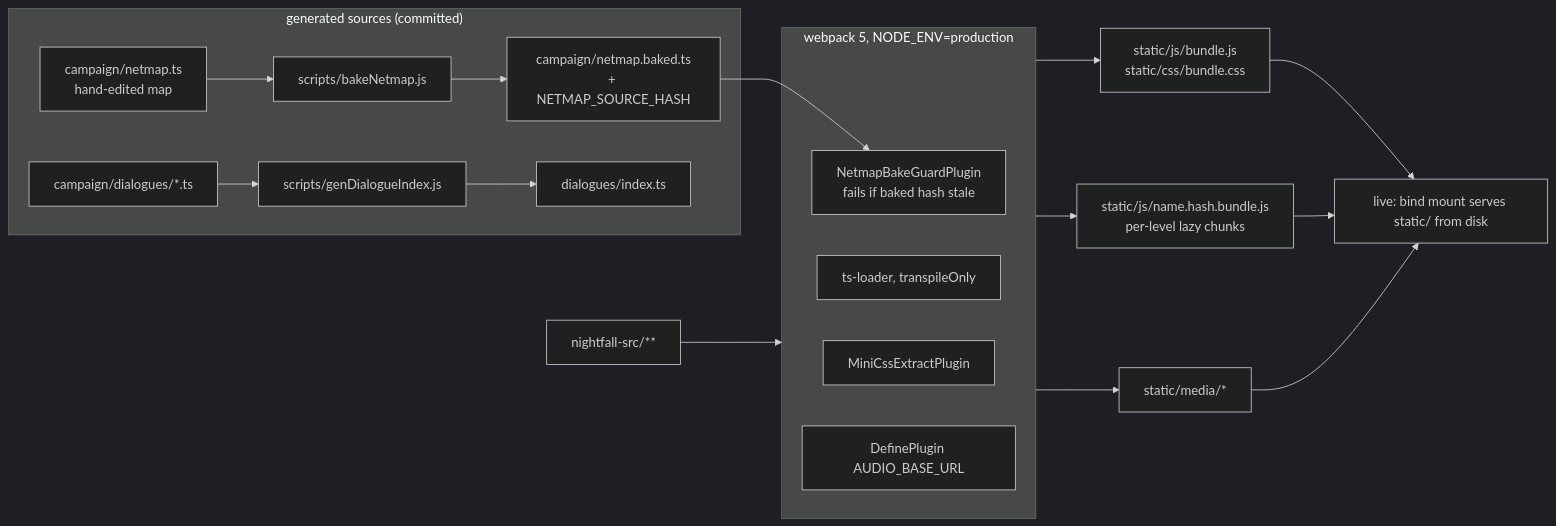
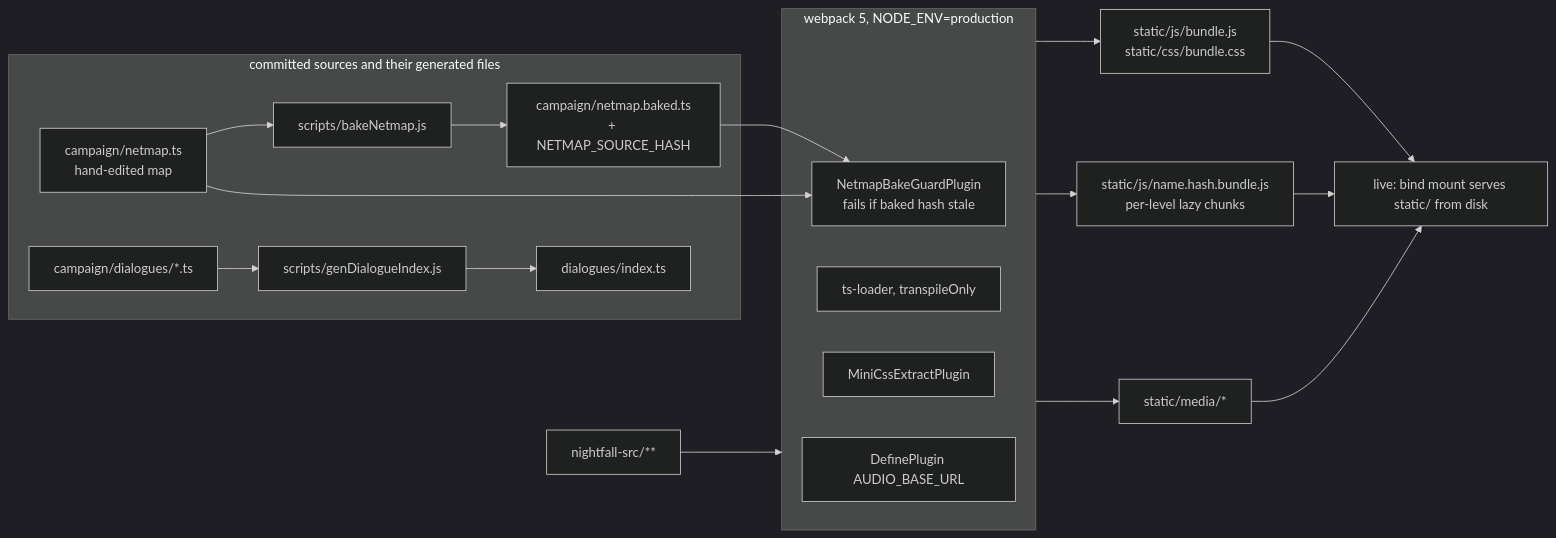
The diagram in docs/arch/build.mmd (wai-lau/nightfall), drawn with Mermaid (dark theme) before and after one commit. The commit also changed 11 other files, not shown here.

```diff
--- a/docs/arch/build.mmd
+++ b/docs/arch/build.mmd
@@ -1,25 +1,26 @@
 flowchart LR
-    subgraph gen["generated sources (committed)"]
+    subgraph gen["committed sources and their generated files"]
         netmap["campaign/netmap.ts<br/>hand-edited map"]
         bake["scripts/bakeNetmap.js"]
         baked["campaign/netmap.baked.ts<br/>+ NETMAP_SOURCE_HASH"]
         dlg["campaign/dialogues/*.ts"]
         gendlg["scripts/genDialogueIndex.js"]
         dlgidx["dialogues/index.ts"]
         netmap --> bake --> baked
         dlg --> gendlg --> dlgidx
     end
     subgraph wp["webpack 5, NODE_ENV=production"]
         guard["NetmapBakeGuardPlugin<br/>fails if baked hash stale"]
         ts["ts-loader, transpileOnly"]
         css["MiniCssExtractPlugin"]
         def["DefinePlugin AUDIO_BASE_URL"]
     end
     src["nightfall-src/**"] --> wp
     baked --> guard
+    netmap --> guard
     wp --> bundle["static/js/bundle.js<br/>static/css/bundle.css"]
     wp --> chunks["static/js/name.hash.bundle.js<br/>per-level lazy chunks"]
     wp --> media["static/media/*"]
     bundle --> live["live: bind mount serves static/ from disk"]
     chunks --> live
     media --> live
```
